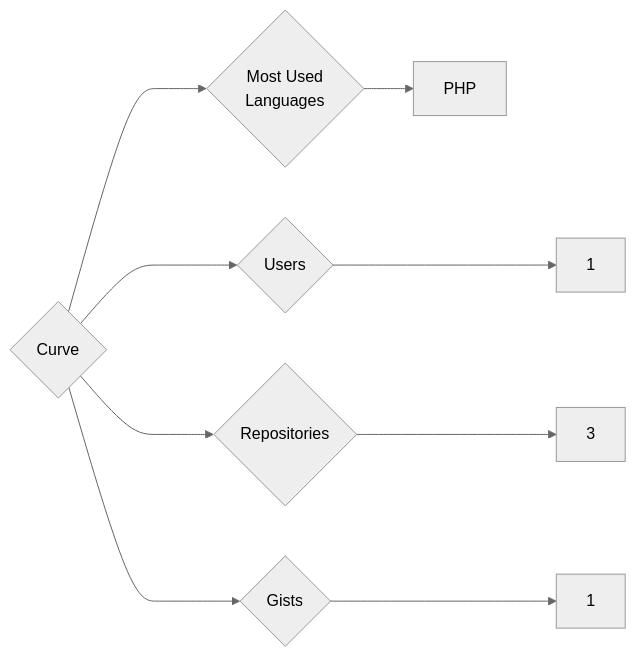
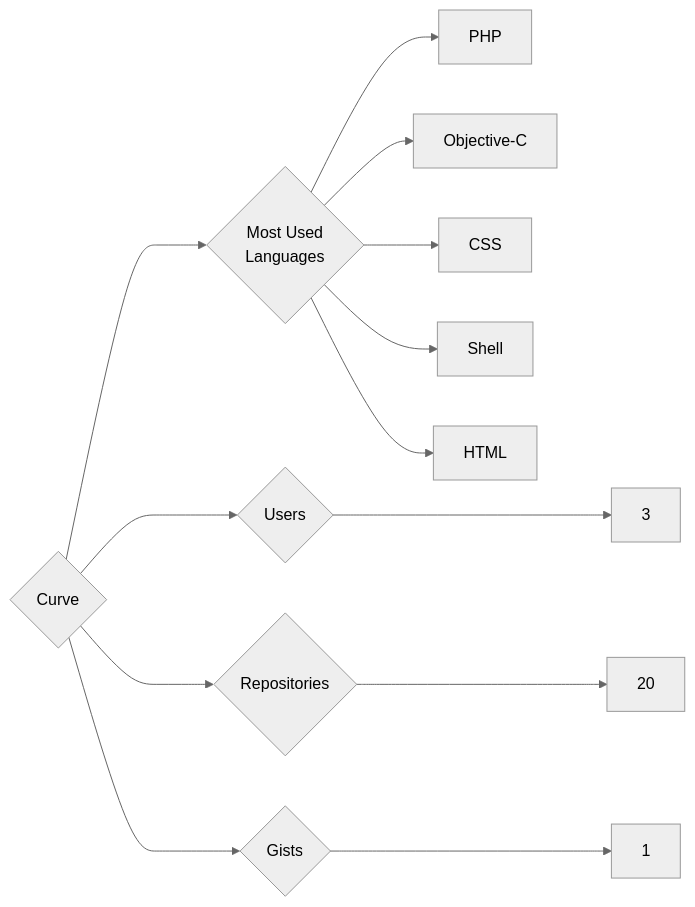
The diagram in targets/Curve/README.md (trickest/insiders), drawn with Mermaid (neutral theme) before and after one commit. The commit also changed 688 other files, not shown here.

````diff
--- a/targets/Curve/README.md
+++ b/targets/Curve/README.md
@@ -3,9 +3,13 @@
 ```mermaid
 graph LR
 COMPANY_NAME{Curve}
-COMPANY_NAME ---> U{Users} ---> UN[1]
-COMPANY_NAME ---> R{Repositories} ---> RN[3]
+COMPANY_NAME ---> U{Users} ---> UN[3]
+COMPANY_NAME ---> R{Repositories} ---> RN[20]
 COMPANY_NAME ---> G{Gists} ---> GN[1]
 COMPANY_NAME ---> ML{Most Used<br>Languages}
 ML --> PHP[PHP]
+ML --> Objective-C[Objective-C]
+ML --> CSS[CSS]
+ML --> Shell[Shell]
+ML --> HTML[HTML]
 ```
````
